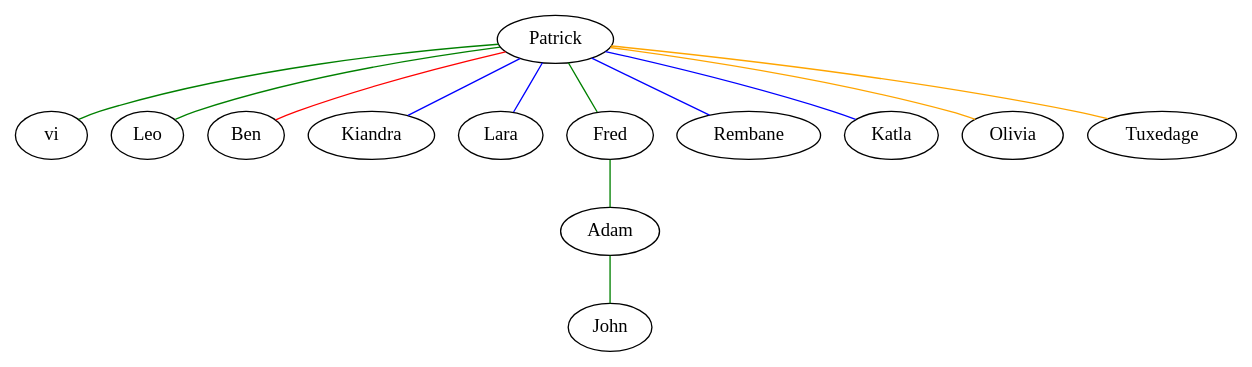
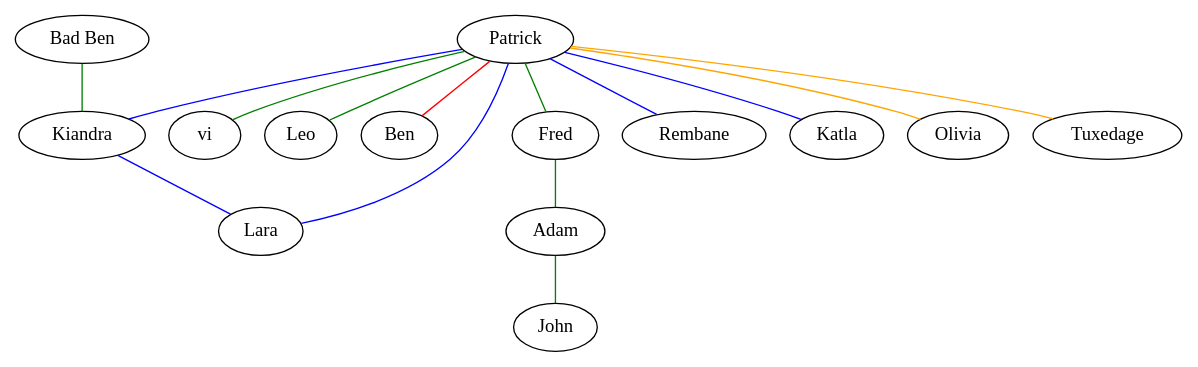
Before and after one commit to Cradam/polygraph: the diagram in harem.dot, drawn with Graphviz.

Commit message:
Added Ki's Ben

```diff
--- a/harem.dot
+++ b/harem.dot
@@ -1,26 +1,29 @@
 graph harem {
   patrick [label="Patrick"]
   vi [label="vi"]
   patrick -- vi [color=green]
   leo [label="Leo"]
   patrick -- leo [color=green]
   ben [label="Ben"]
   patrick -- ben [color=red]
   kiandra [label="Kiandra"]
   patrick -- kiandra [color=blue]
   lara [label="Lara"]
   patrick -- lara [color=blue]
+  kiandra -- lara [color=blue]
+  badben [label="Bad Ben"]
+  badben -- kiandra [color=green]
   fred [label="Fred"]
   patrick -- fred [color=green]
   adam [label="Adam"]
   john [label="John"]
   fred -- adam -- john [color=green]
   rembane [label="Rembane"]
   patrick -- rembane [color=blue]
   katla [label="Katla"]
   patrick -- katla [color=blue]
   olivia [label="Olivia"]
   patrick -- olivia [color=orange]
   tuxedage [label="Tuxedage"]
   patrick -- tuxedage [color=orange]
 }
```
